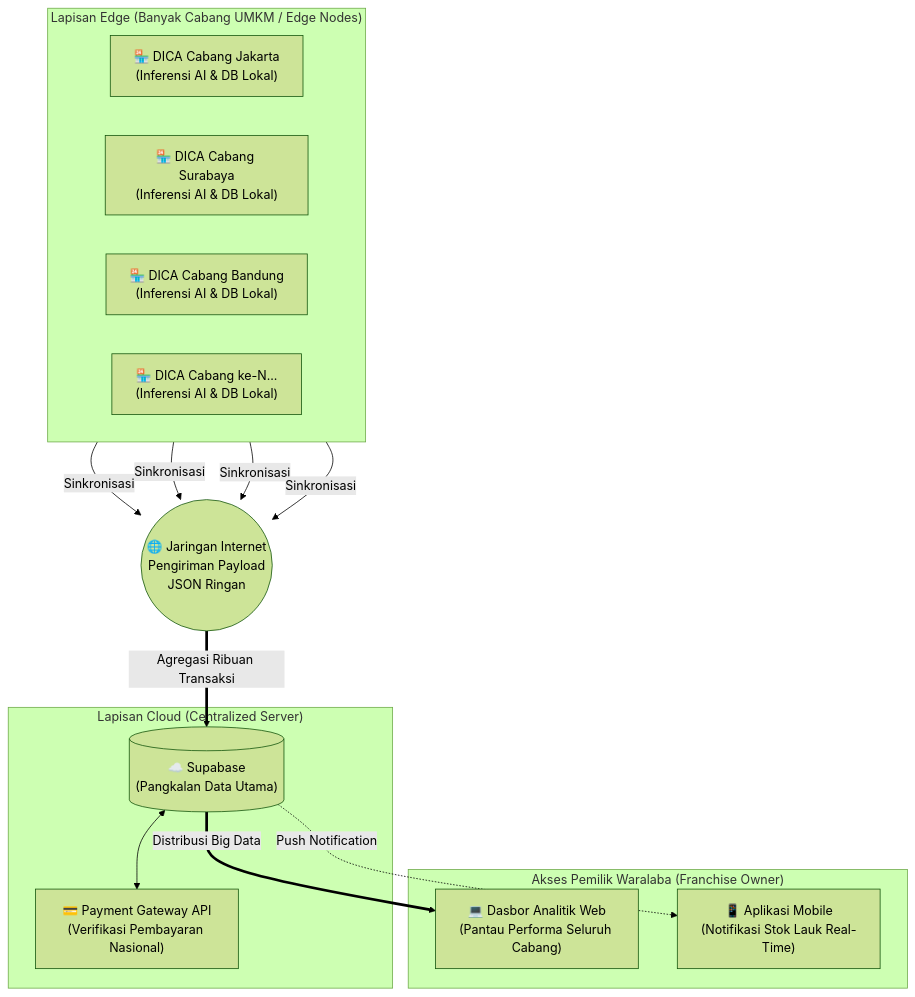
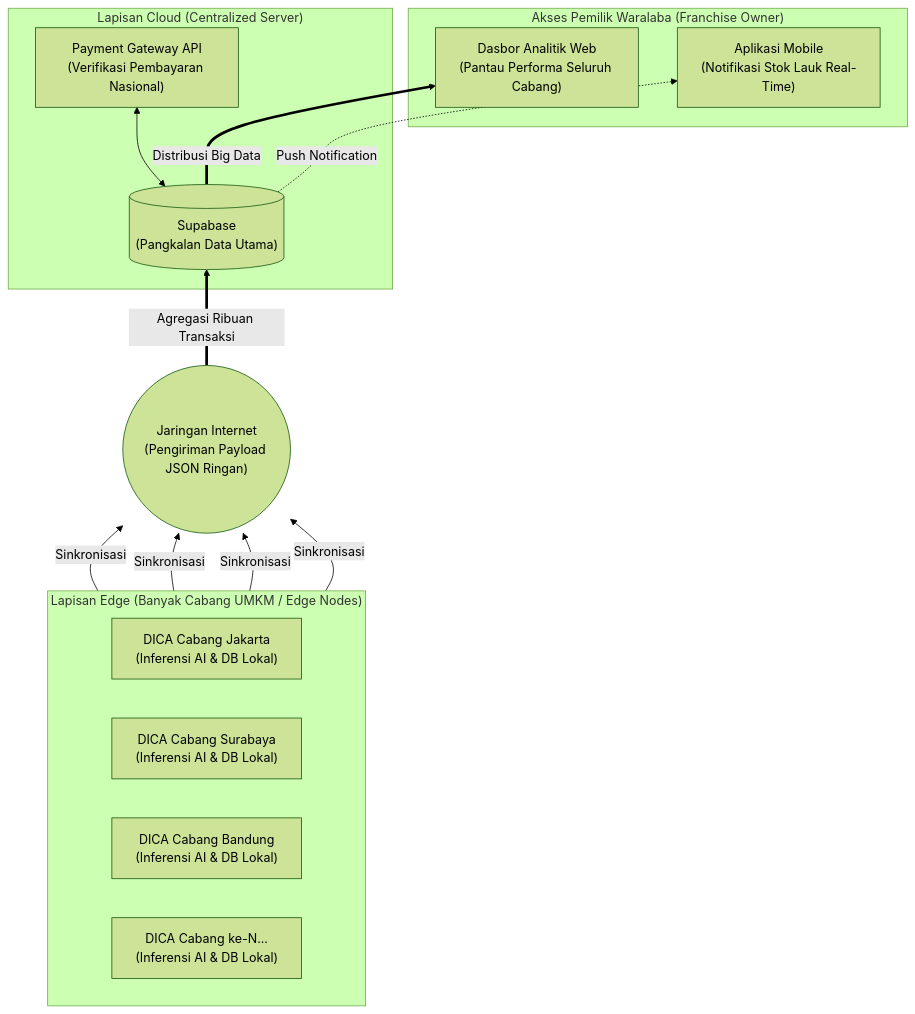
One commit to Mahardika-Ramadhana/dish-counter-apparatus changed the diagram in docs/DISTRIBUTED_ARCHITECTURE.md. Above: the diagram before and after it, drawn with Mermaid (forest theme).

Commit message:
docs: update mermaid diagram to bottom-to-top without emojis

````diff
--- a/docs/DISTRIBUTED_ARCHITECTURE.md
+++ b/docs/DISTRIBUTED_ARCHITECTURE.md
@@ -7,40 +7,40 @@
 ```mermaid
-flowchart TD
-    %% Lapisan Multi-Cabang (Edge)
+flowchart BT
+    %% Lapisan Edge di bagian bawah
     subgraph LapisanEdge ["Lapisan Edge (Banyak Cabang UMKM / Edge Nodes)"]
         direction LR
-        Cabang1["🏪 DICA Cabang Jakarta<br>(Inferensi AI & DB Lokal)"]
-        Cabang2["🏪 DICA Cabang Surabaya<br>(Inferensi AI & DB Lokal)"]
-        Cabang3["🏪 DICA Cabang Bandung<br>(Inferensi AI & DB Lokal)"]
-        CabangN["🏪 DICA Cabang ke-N...<br>(Inferensi AI & DB Lokal)"]
+        Cabang1["DICA Cabang Jakarta<br>(Inferensi AI & DB Lokal)"]
+        Cabang2["DICA Cabang Surabaya<br>(Inferensi AI & DB Lokal)"]
+        Cabang3["DICA Cabang Bandung<br>(Inferensi AI & DB Lokal)"]
+        CabangN["DICA Cabang ke-N...<br>(Inferensi AI & DB Lokal)"]
     end
 
-    %% Jaringan Transmisi
-    Internet(("🌐 Jaringan Internet<br>Pengiriman Payload<br>JSON Ringan"))
+    %% Jaringan Transmisi di tengah
+    Internet(("Jaringan Internet<br>(Pengiriman Payload JSON Ringan)"))
 
-    %% Sinkronisasi dari Cabang ke Internet
+    %% Panah mengarah ke atas dari Cabang ke Internet
     Cabang1 -->|Sinkronisasi| Internet
     Cabang2 -->|Sinkronisasi| Internet
     Cabang3 -->|Sinkronisasi| Internet
     CabangN -->|Sinkronisasi| Internet
 
-    %% Lapisan Cloud Terpusat
+    %% Lapisan Cloud di atas Internet
     subgraph LapisanCloud ["Lapisan Cloud (Centralized Server)"]
-        Supabase[("☁️ Supabase<br>(Pangkalan Data Utama)")]
-        QRIS["💳 Payment Gateway API<br>(Verifikasi Pembayaran Nasional)"]
+        Supabase[("Supabase<br>(Pangkalan Data Utama)")]
+        QRIS["Payment Gateway API<br>(Verifikasi Pembayaran Nasional)"]
         Supabase <--> QRIS
     end
 
-    %% Agregasi dari Internet ke Cloud
+    %% Panah mengarah ke atas dari Internet ke Cloud
     Internet ==>|Agregasi Ribuan Transaksi| Supabase
 
-    %% Akses Terpusat (User)
+    %% Akses Pemilik di posisi paling atas
     subgraph AksesPemilik ["Akses Pemilik Waralaba (Franchise Owner)"]
-        Dashboard["💻 Dasbor Analitik Web<br>(Pantau Performa Seluruh Cabang)"]
-        Mobile["📱 Aplikasi Mobile<br>(Notifikasi Stok Lauk Real-Time)"]
+        Dashboard["Dasbor Analitik Web<br>(Pantau Performa Seluruh Cabang)"]
+        Mobile["Aplikasi Mobile<br>(Notifikasi Stok Lauk Real-Time)"]
     end
 
-    %% Aliran dari Cloud ke Pemilik
+    %% Panah mengarah ke atas dari Cloud ke Akses Pemilik
     Supabase ==>|Distribusi Big Data| Dashboard
     Supabase -.->|Push Notification| Mobile
 ```
````
